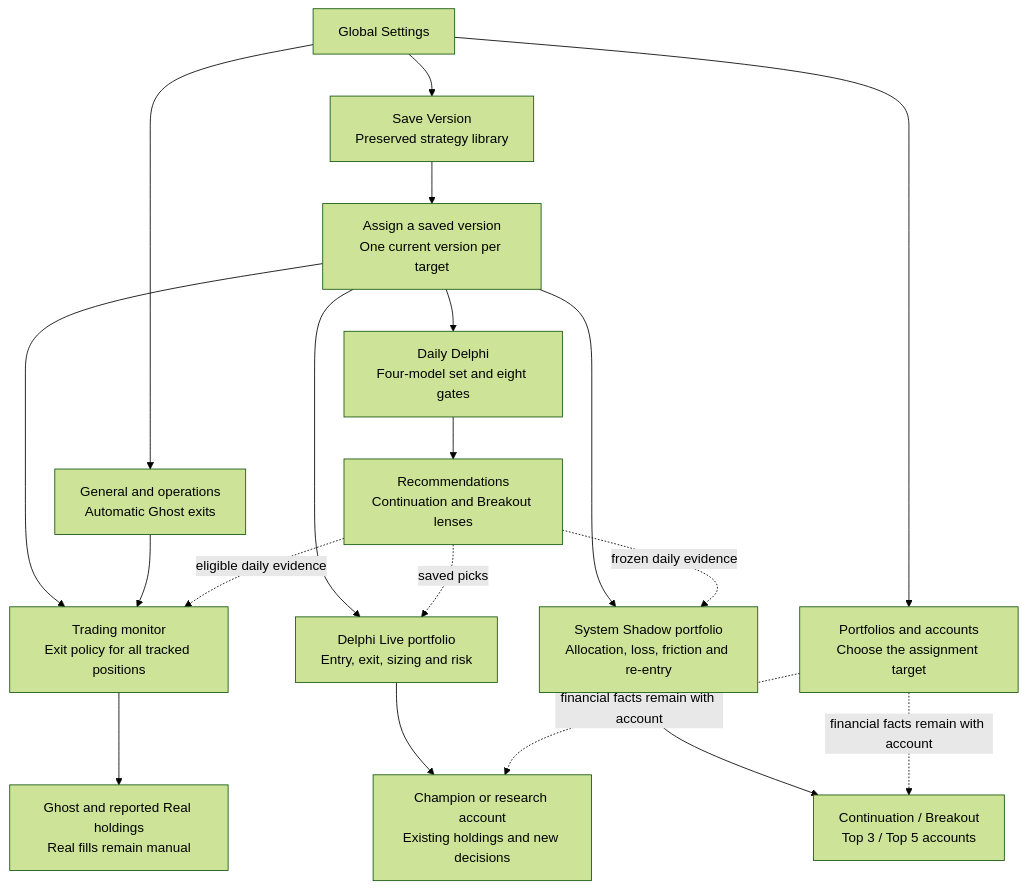
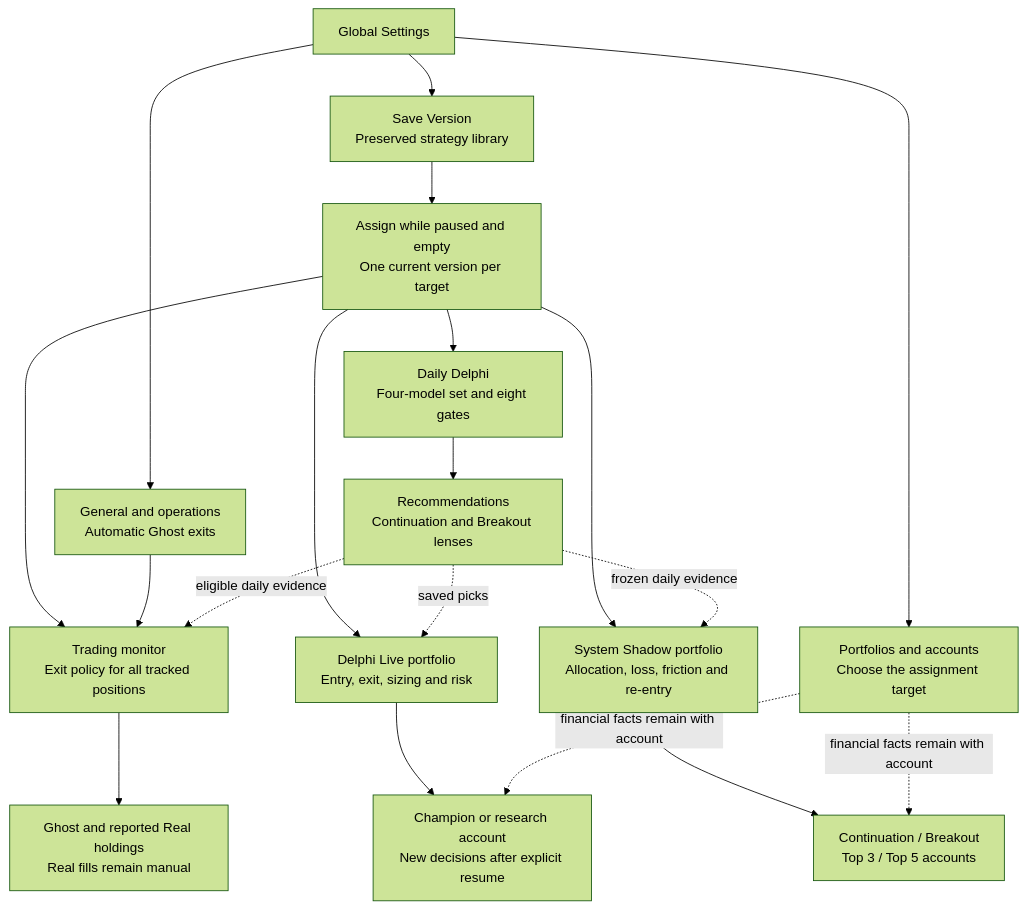
Before and after one commit to JosephMawer/TraderVI: the first of 4 diagrams in Docs/concepts/settings-system-map.md, drawn with Mermaid (forest theme). The commit also changed other lines of this file and 67 other files, not shown here.

````diff
--- a/Docs/concepts/settings-system-map.md
+++ b/Docs/concepts/settings-system-map.md
@@ -17,21 +17,21 @@
 ```mermaid
 flowchart TB
     S["Global Settings"] --> G["General and operations<br/>Automatic Ghost exits"]
     S --> V["Save Version<br/>Preserved strategy library"]
-    V --> A["Assign a saved version<br/>One current version per target"]
+    V --> A["Assign while paused and empty<br/>One current version per target"]
     A --> D["Daily Delphi<br/>Four-model set and eight gates"]
     A --> L["Delphi Live portfolio<br/>Entry, exit, sizing and risk"]
     A --> H["System Shadow portfolio<br/>Allocation, loss, friction and re-entry"]
     A --> T["Trading monitor<br/>Exit policy for all tracked positions"]
     D --> P["Recommendations<br/>Continuation and Breakout lenses"]
-    L --> LH["Champion or research account<br/>Existing holdings and new decisions"]
+    L --> LH["Champion or research account<br/>New decisions after explicit resume"]
     H --> HH["Continuation / Breakout<br/>Top 3 / Top 5 accounts"]
     T --> TH["Ghost and reported Real holdings<br/>Real fills remain manual"]
     G --> T
     P -. "saved picks" .-> L
     P -. "frozen daily evidence" .-> H
     P -. "eligible daily evidence" .-> T
     S --> M["Portfolios and accounts<br/>Choose the assignment target"]
     M -. "financial facts remain with account" .-> LH
     M -. "financial facts remain with account" .-> HH
 ```
````
